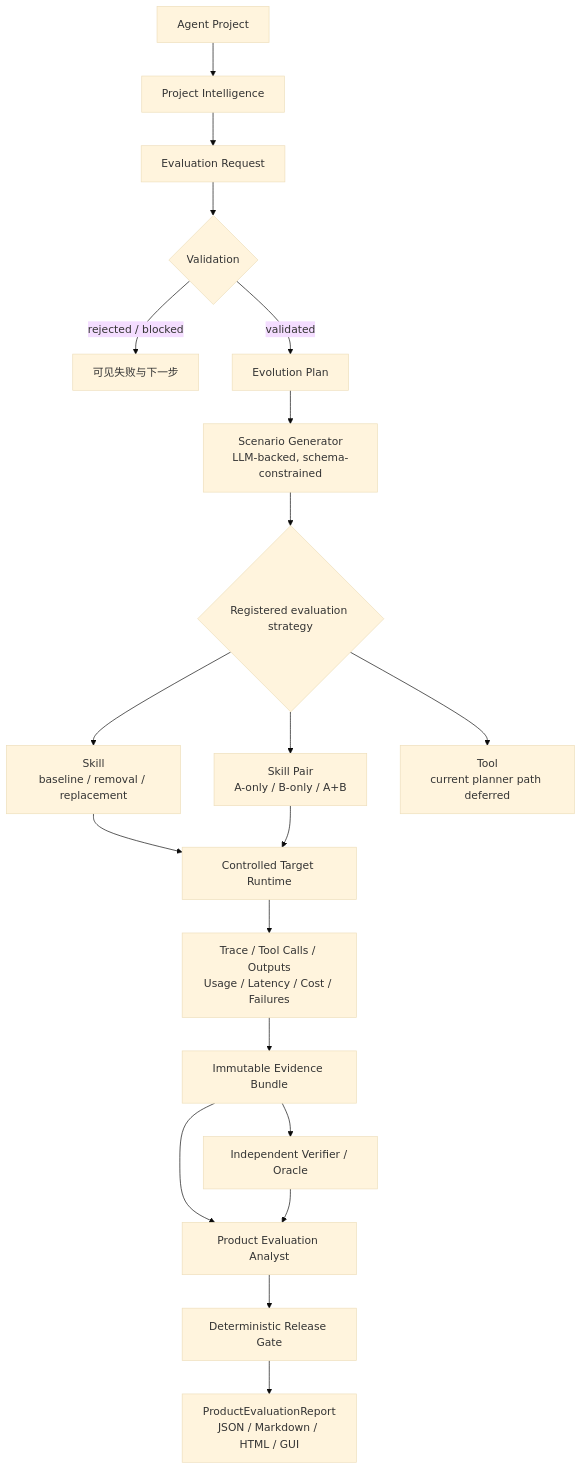
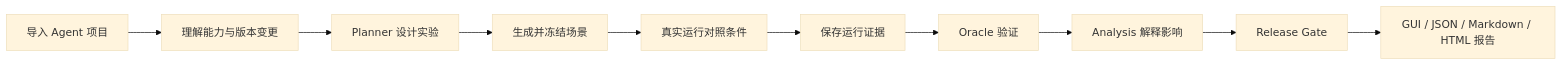
Before and after one commit to kkk17kkk/Agent-Iteration-Guard: the first of 2 diagrams in README.md, drawn with Mermaid (base theme). The commit also changed other lines of this file, not shown here.

````diff
--- a/README.md
+++ b/README.md
@@ -52,22 +42,12 @@
 ```mermaid
-flowchart TD
-    P["Agent Project"] --> PI["Project Intelligence"]
-    PI --> R["Evaluation Request"]
-    R --> V{"Validation"}
-    V -- "rejected / blocked" --> X["可见失败与下一步"]
-    V -- "validated" --> PL["Evolution Plan"]
-    PL --> SG["Scenario Generator\nLLM-backed, schema-constrained"]
-    SG --> M{"Registered evaluation strategy"}
-    M --> S["Skill\nbaseline / removal / replacement"]
-    M --> SP["Skill Pair\nA-only / B-only / A+B"]
-    M --> T["Tool\ncurrent planner path deferred"]
-    S --> RT["Controlled Target Runtime"]
-    SP --> RT
-    RT --> RAW["Trace / Tool Calls / Outputs\nUsage / Latency / Cost / Failures"]
-    RAW --> E["Immutable Evidence Bundle"]
-    E --> O["Independent Verifier / Oracle"]
-    E --> A["Product Evaluation Analyst"]
-    O --> A
-    A --> G["Deterministic Release Gate"]
-    G --> REP["ProductEvaluationReport\nJSON / Markdown / HTML / GUI"]
+flowchart LR
+    P["导入 Agent 项目"] --> C["理解能力与版本变更"]
+    C --> PL["Planner 设计实验"]
+    PL --> S["生成并冻结场景"]
+    S --> R["真实运行对照条件"]
+    R --> E["保存运行证据"]
+    E --> O["Oracle 验证"]
+    O --> A["Analysis 解释影响"]
+    A --> G["Release Gate"]
+    G --> REP["GUI / JSON / Markdown / HTML 报告"]
 ```
````
